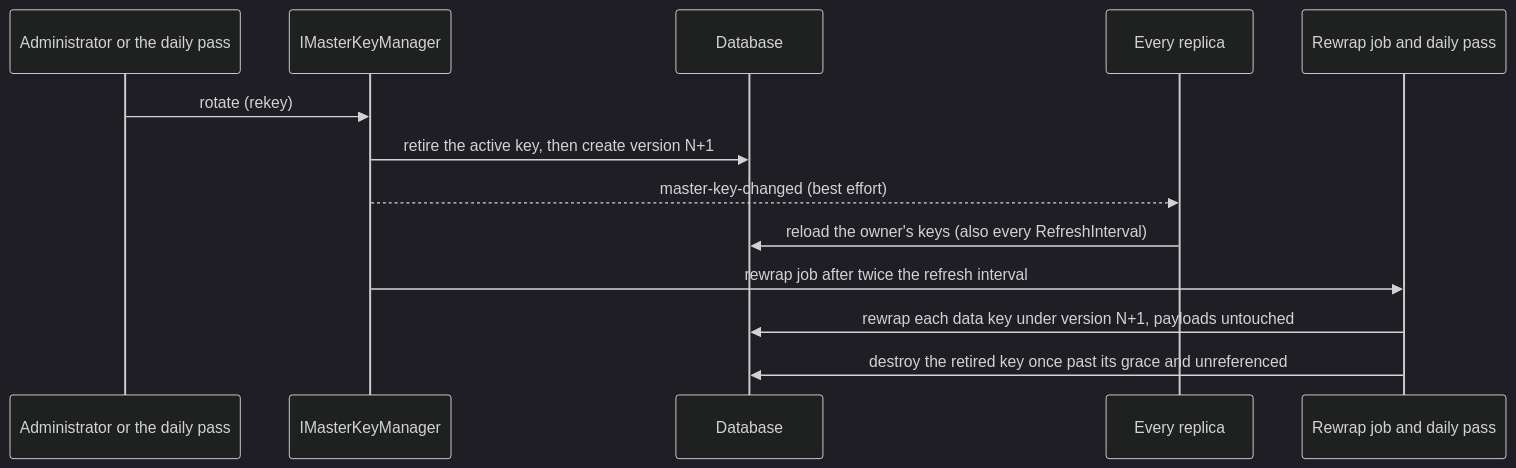
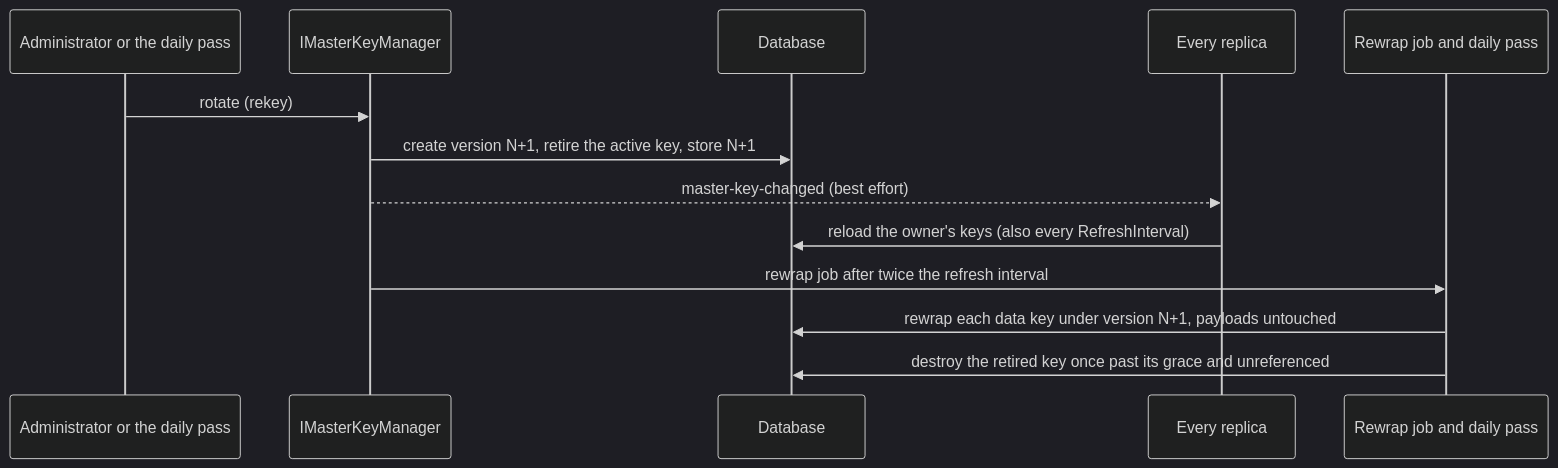
The third of 3 diagrams in docs/capabilities/encryption-at-rest.md (NCodeGroup/Identity), drawn with Mermaid (dark theme) before and after one commit. The commit also changed other lines of this file and 56 other files, not shown here.

````diff
--- a/docs/capabilities/encryption-at-rest.md
+++ b/docs/capabilities/encryption-at-rest.md
@@ -298,15 +298,15 @@
 ```mermaid
 sequenceDiagram
     participant A as Administrator or the daily pass
     participant M as IMasterKeyManager
     participant DB as Database
     participant R as Every replica
     participant J as Rewrap job and daily pass
     A->>M: rotate (rekey)
-    M->>DB: retire the active key, then create version N+1
+    M->>DB: create version N+1, retire the active key, store N+1
     M-->>R: master-key-changed (best effort)
     R->>DB: reload the owner's keys (also every RefreshInterval)
     M->>J: rewrap job after twice the refresh interval
     J->>DB: rewrap each data key under version N+1, payloads untouched
     J->>DB: destroy the retired key once past its grace and unreferenced
 ```
````
